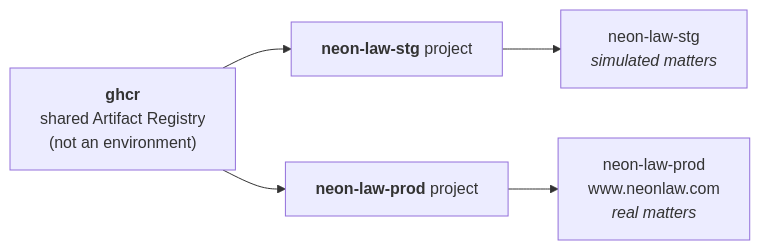
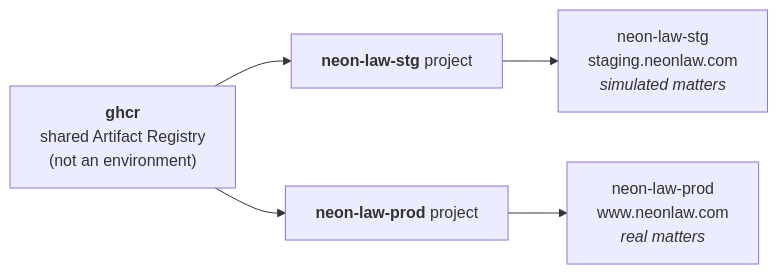
The diagram in docs/environments.md (neon-law-foundation/navigator), drawn with Mermaid before and after one commit. The commit also changed other lines of this file, not shown here.

First line of the commit message:
docs(environments): name staging's public hosts and state the one production

````diff
--- a/docs/environments.md
+++ b/docs/environments.md
@@ -26,11 +26,11 @@
 ```mermaid
 graph LR
     REG["<b>ghcr</b><br/>shared Artifact Registry<br/>(not an environment)"]
     LS["<b>neon-law-stg</b> project"]
     NP["<b>neon-law-prod</b> project"]
 
     REG --> LS
     REG --> NP
-    LS --> LSTG["neon-law-stg<br/><i>simulated matters</i>"]
+    LS --> LSTG["neon-law-stg<br/>staging.neonlaw.com<br/><i>simulated matters</i>"]
     NP --> NPRD["neon-law-prod<br/>www.neonlaw.com<br/><i>real matters</i>"]
 ```
````
